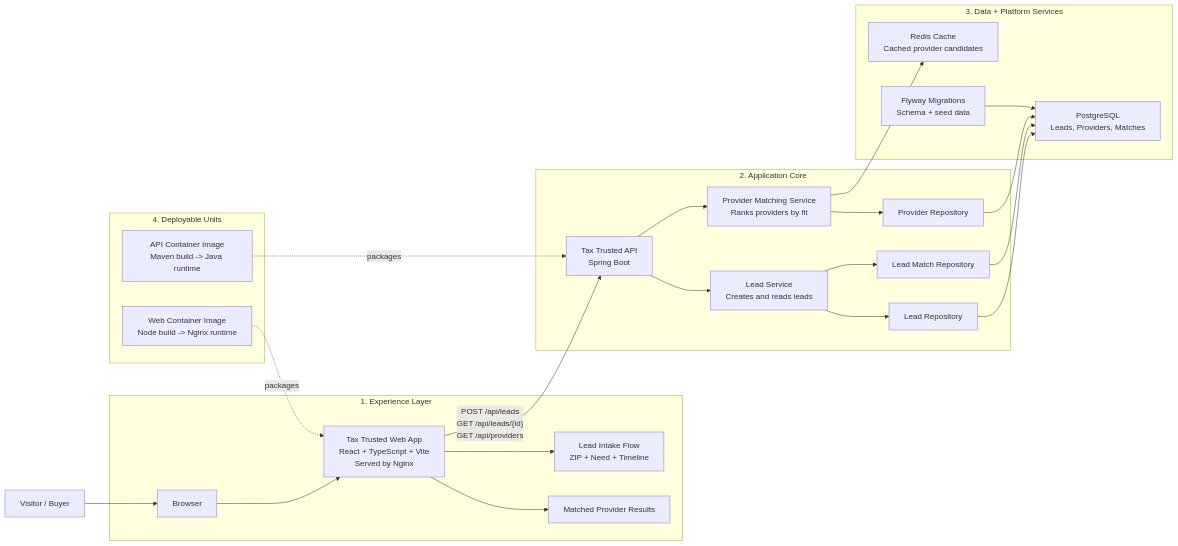
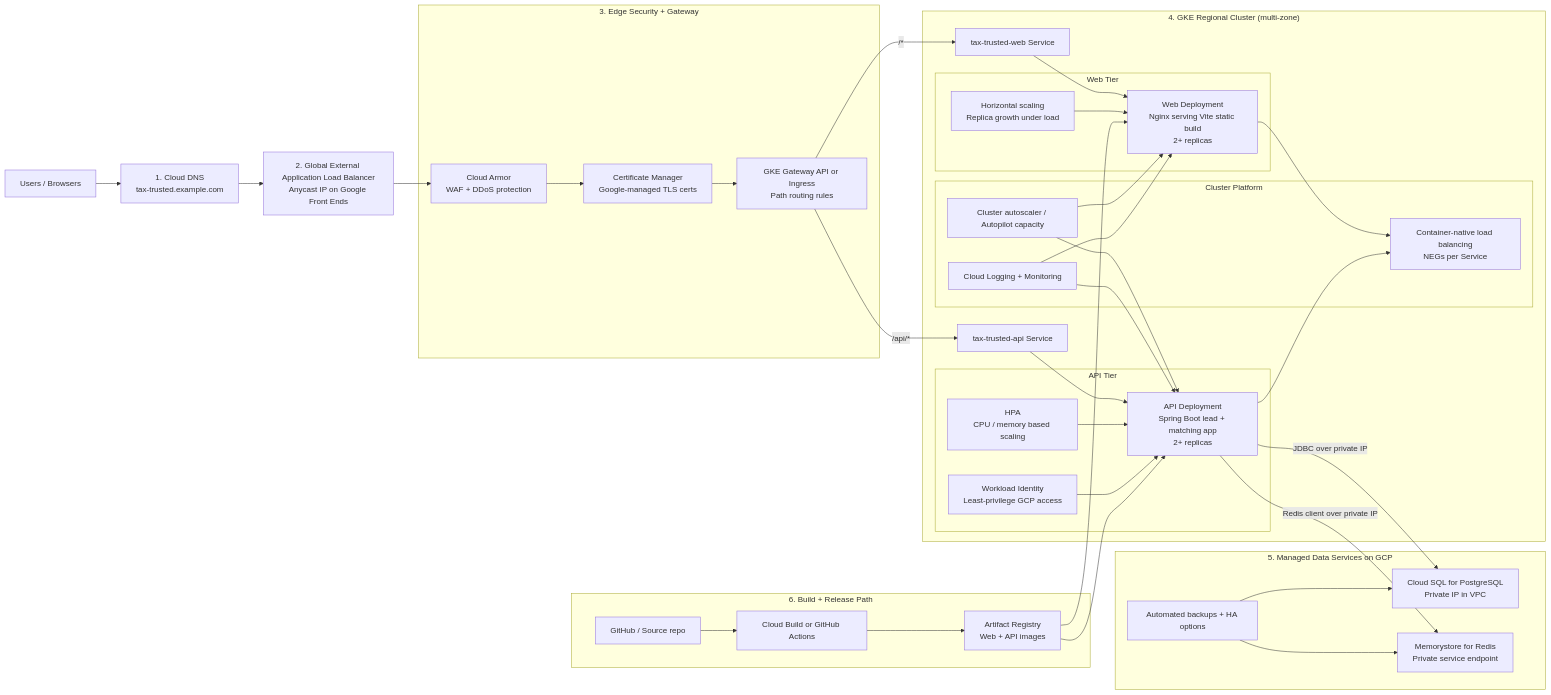
One commit to juancabralvi12/tax-trusted changed the diagram in README.md. Above: the diagram before and after it, drawn with Mermaid. The commit also changed other lines of this file, not shown here.

Commit message:
Add diagram of deployemnt

````diff
--- a/README.md
+++ b/README.md
@@ -23,38 +25,73 @@
 ```mermaid
 flowchart LR
-    user["Visitor / Buyer"] --> browser["Browser"]
+    user["Users / Browsers"] --> dns["1. Cloud DNS<br/>tax-trusted.example.com"]
+    dns --> edge["2. Global External Application Load Balancer<br/>Anycast IP on Google Front Ends"]
 
-    subgraph exp["1. Experience Layer"]
-        browser --> web["Tax Trusted Web App<br/>React + TypeScript + Vite<br/>Served by Nginx"]
-        web --> flow["Lead Intake Flow<br/>ZIP + Need + Timeline"]
-        web --> results["Matched Provider Results"]
+    subgraph edge_sec["3. Edge Security + Gateway"]
+        armor["Cloud Armor<br/>WAF + DDoS protection"]
+        certs["Certificate Manager<br/>Google-managed TLS certs"]
+        gateway["GKE Gateway API or Ingress<br/>Path routing rules"]
     end
 
-    subgraph core["2. Application Core"]
-        api["Tax Trusted API<br/>Spring Boot"] --> lead["Lead Service<br/>Creates and reads leads"]
-        api --> matching["Provider Matching Service<br/>Ranks providers by fit"]
-        lead --> leadRepo["Lead Repository"]
-        lead --> matchRepo["Lead Match Repository"]
-        matching --> providerRepo["Provider Repository"]
+    edge --> armor
+    armor --> certs
+    certs --> gateway
+
+    subgraph gke["4. GKE Regional Cluster (multi-zone)"]
+        websvc["tax-trusted-web Service"]
+        apisvc["tax-trusted-api Service"]
+
+        subgraph webtier["Web Tier"]
+            webpods["Web Deployment<br/>Nginx serving Vite static build<br/>2+ replicas"]
+            webhpa["Horizontal scaling<br/>Replica growth under load"]
+        end
+
+        subgraph apitier["API Tier"]
+            apipods["API Deployment<br/>Spring Boot lead + matching app<br/>2+ replicas"]
+            apihpa["HPA<br/>CPU / memory based scaling"]
+            wi["Workload Identity<br/>Least-privilege GCP access"]
+        end
+
+        subgraph platform["Cluster Platform"]
+            negs["Container-native load balancing<br/>NEGs per Service"]
+            ca["Cluster autoscaler / Autopilot capacity"]
+            logs["Cloud Logging + Monitoring"]
+        end
     end
 
-    subgraph data["3. Data + Platform Services"]
-        db["PostgreSQL<br/>Leads, Providers, Matches"]
-        redis["Redis Cache<br/>Cached provider candidates"]
-        flyway["Flyway Migrations<br/>Schema + seed data"]
+    gateway -->|"/*"| websvc
+    gateway -->|"/api/*"| apisvc
+    websvc --> webpods
+    apisvc --> apipods
+    webpods --> negs
+    apipods --> negs
+    webhpa --> webpods
+    apihpa --> apipods
+    ca --> webpods
+    ca --> apipods
+    logs --> webpods
+    logs --> apipods
+    wi --> apipods
+
+    subgraph data["5. Managed Data Services on GCP"]
+        sql["Cloud SQL for PostgreSQL<br/>Private IP in VPC"]
+        redis["Memorystore for Redis<br/>Private service endpoint"]
+        backups["Automated backups + HA options"]
     end
 
-    subgraph deploy["4. Deployable Units"]
-        webImage["Web Container Image<br/>Node build -> Nginx runtime"]
-        apiImage["API Container Image<br/>Maven build -> Java runtime"]
+    apipods -->|"JDBC over private IP"| sql
+    apipods -->|"Redis client over private IP"| redis
+    backups --> sql
+    backups --> redis
+
+    subgraph delivery["6. Build + Release Path"]
+        git["GitHub / Source repo"]
+        build["Cloud Build or GitHub Actions"]
+        registry["Artifact Registry<br/>Web + API images"]
     end
 
-    web -->|"POST /api/leads<br/>GET /api/leads/{id}<br/>GET /api/providers"| api
-    leadRepo --> db
-    matchRepo --> db
-    providerRepo --> db
-    matching --> redis
-    flyway --> db
-    webImage -. packages .-> web
-    apiImage -. packages .-> api
+    git --> build
+    build --> registry
+    registry --> webpods
+    registry --> apipods
 ```
````
